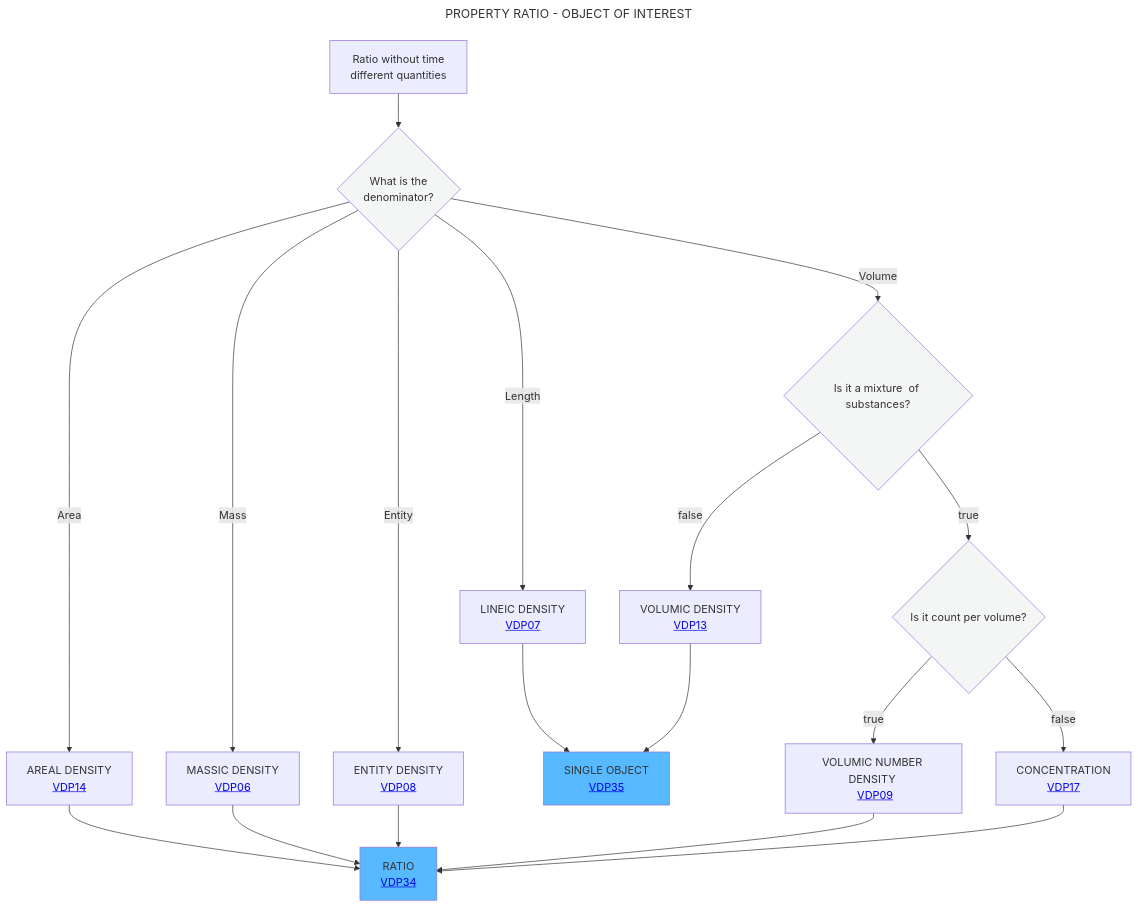
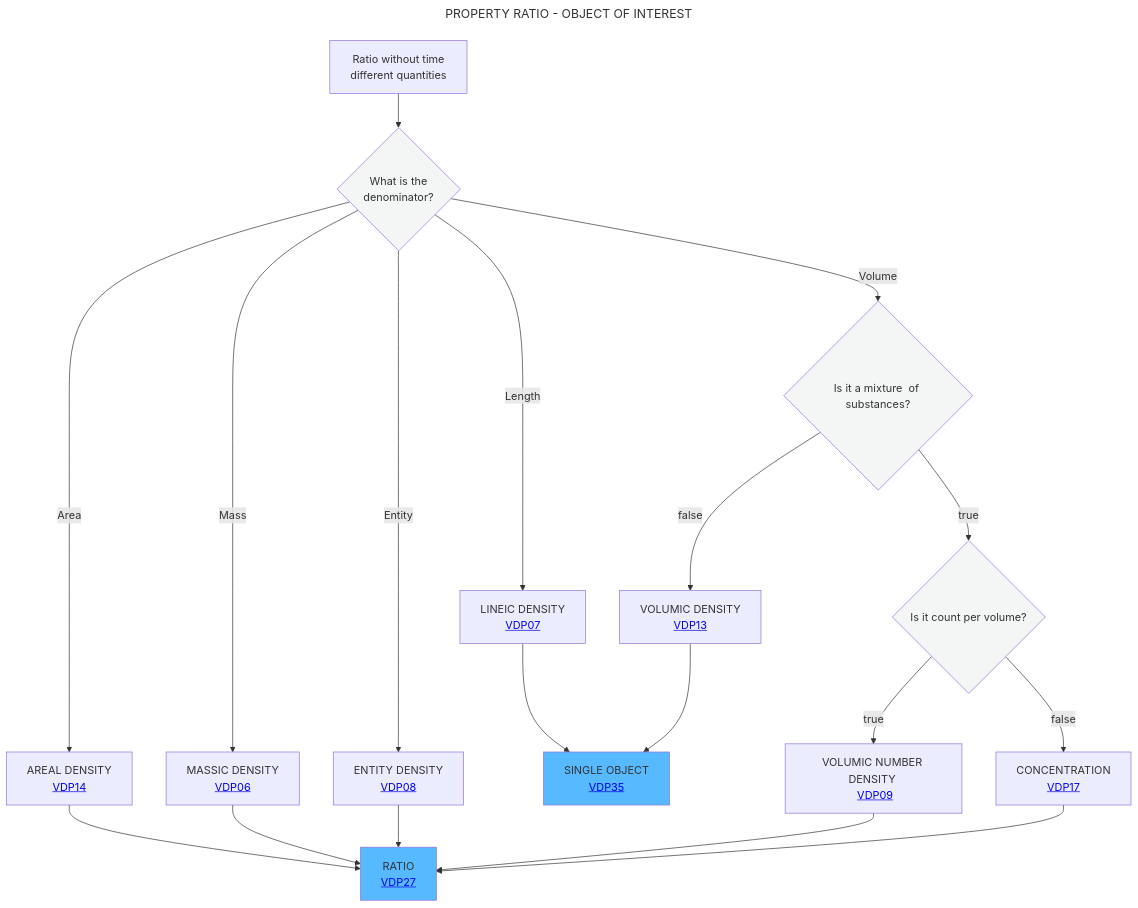
Before and after one commit to mabablue/I-ADOPT-patterns-playground: the diagram in Decisition_trees/DT4.mmd, drawn with Mermaid.

```diff
--- a/Decisition_trees/DT4.mmd
+++ b/Decisition_trees/DT4.mmd
@@ -1,25 +1,25 @@
 ---
 title: PROPERTY RATIO - OBJECT OF INTEREST
 ---
 flowchart TD
     A[Ratio without time <br> different quantities] --> B{What is the <br> denominator?}:::white
     B -- Area -->C[AREAL DENSITY <br> <a href='https://github.com/mabablue/I-ADOPT-patterns-playground/blob/main/pattern/VDP14.yaml'>VDP14</a>]
     B -- Mass -->E[MASSIC DENSITY <br> <a href='https://github.com/mabablue/I-ADOPT-patterns-playground/blob/main/pattern/VDP06.yaml'>VDP06</a>]
     B -- Entity -->F[ENTITY DENSITY <br> <a href='https://github.com/mabablue/I-ADOPT-patterns-playground/blob/main/pattern/VDP08.yaml'>VDP08</a>]
     B -- Length -->D[LINEIC DENSITY <br> <a href='https://github.com/mabablue/I-ADOPT-patterns-playground/blob/main/pattern/VDP07.yaml'>VDP07</a>]
     B -- Volume -->G{Is it a mixture <be> of substances?}:::white
     G --> |false|H[VOLUMIC DENSITY <br> <a href='https://github.com/mabablue/I-ADOPT-patterns-playground/blob/main/pattern/VDP13.yaml'>VDP13</a>]
     G--> |true|I{Is it count per volume?}:::white
     I --> |true|L[VOLUMIC NUMBER DENSITY <br> <a href='https://github.com/mabablue/I-ADOPT-patterns-playground/blob/main/pattern/VDP09.yaml'>VDP09</a>]
     I --> |false|M[CONCENTRATION <br> <a href='https://github.com/mabablue/I-ADOPT-patterns-playground/blob/main/pattern/VDP17.yaml'>VDP17</a>]
-    C --> N[RATIO <br> <a href='https://github.com/mabablue/I-ADOPT-patterns-playground/blob/main/pattern/VDP34.yaml'>VDP34</a>]:::satblue
+    C --> N[RATIO <br> <a href='https://github.com/mabablue/I-ADOPT-patterns-playground/blob/main/pattern/VDP27.yaml'>VDP27</a>]:::satblue
     E --> N
     F --> N
     D --> O[SINGLE OBJECT <br> <a href='https://github.com/mabablue/I-ADOPT-patterns-playground/blob/main/pattern/VDP35.yaml'>VDP35</a>]:::satblue
     H --> O
     L --> N
     M --> N
    classDef blue fill:#90D5FF
    classDef satblue fill:#57B9FF 
    classDef white fill:#f3f6f4
    classDef green fill:#6aa84f
```
